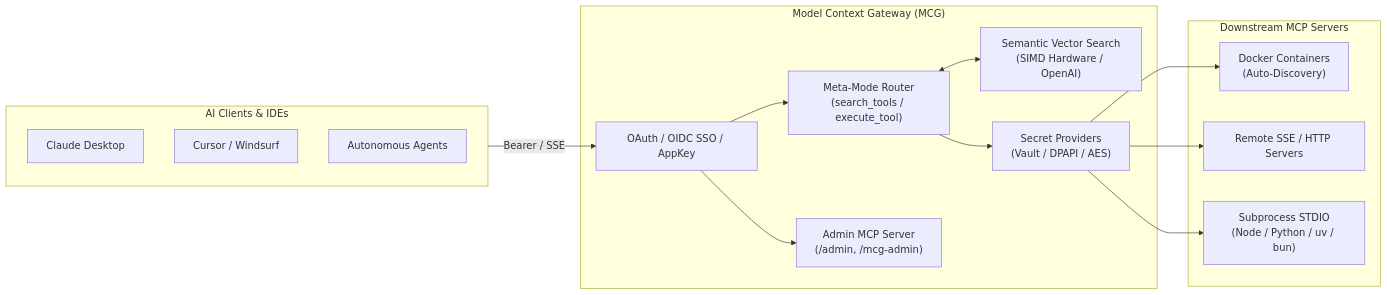
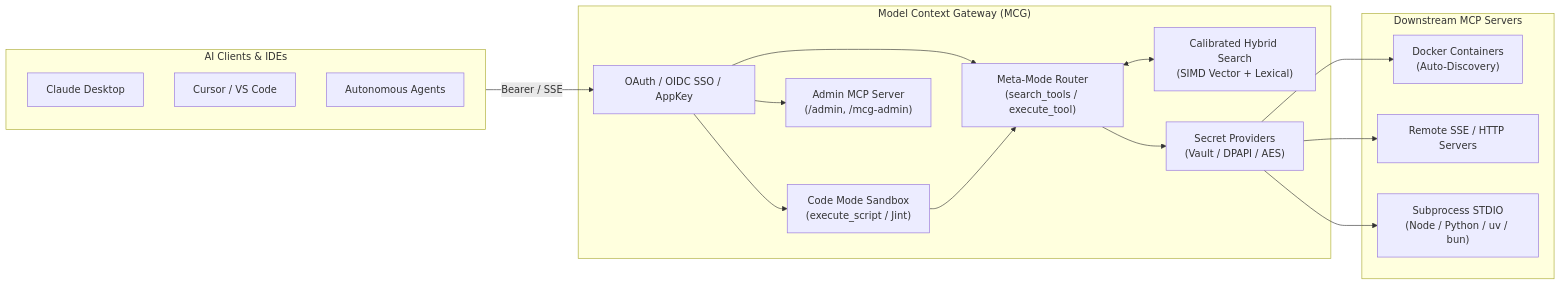
The diagram in docs/index.md (spelech/model-context-gateway), drawn with Mermaid before and after one commit. The commit also changed other lines of this file and 9 other files, not shown here.

````diff
--- a/docs/index.md
+++ b/docs/index.md
@@ -80,31 +80,34 @@
 ```mermaid
 flowchart LR
     subgraph Clients["AI Clients & IDEs"]
         Claude["Claude Desktop"]
-        Cursor["Cursor / Windsurf"]
+        Cursor["Cursor / VS Code"]
         Agents["Autonomous Agents"]
     end
 
     subgraph Gateway["Model Context Gateway (MCG)"]
         Auth["OAuth / OIDC SSO / AppKey"]
         MetaMode["Meta-Mode Router\n(search_tools / execute_tool)"]
-        Vector["Semantic Vector Search\n(SIMD Hardware / OpenAI)"]
+        CodeMode["Code Mode Sandbox\n(execute_script / Jint)"]
+        Vector["Calibrated Hybrid Search\n(SIMD Vector + Lexical)"]
         AdminMCP["Admin MCP Server\n(/admin, /mcg-admin)"]
         Secrets["Secret Providers\n(Vault / DPAPI / AES)"]
     end
 
     subgraph Backends["Downstream MCP Servers"]
         DockerSrv["Docker Containers\n(Auto-Discovery)"]
         SSESrv["Remote SSE / HTTP Servers"]
         StdioSrv["Subprocess STDIO\n(Node / Python / uv / bun)"]
     end
 
     Clients -->|Bearer / SSE| Auth
     Auth --> MetaMode
+    Auth --> CodeMode
     Auth --> AdminMCP
     MetaMode <--> Vector
+    CodeMode --> MetaMode
     MetaMode --> Secrets
     Secrets --> DockerSrv
     Secrets --> SSESrv
     Secrets --> StdioSrv
 ```
````
